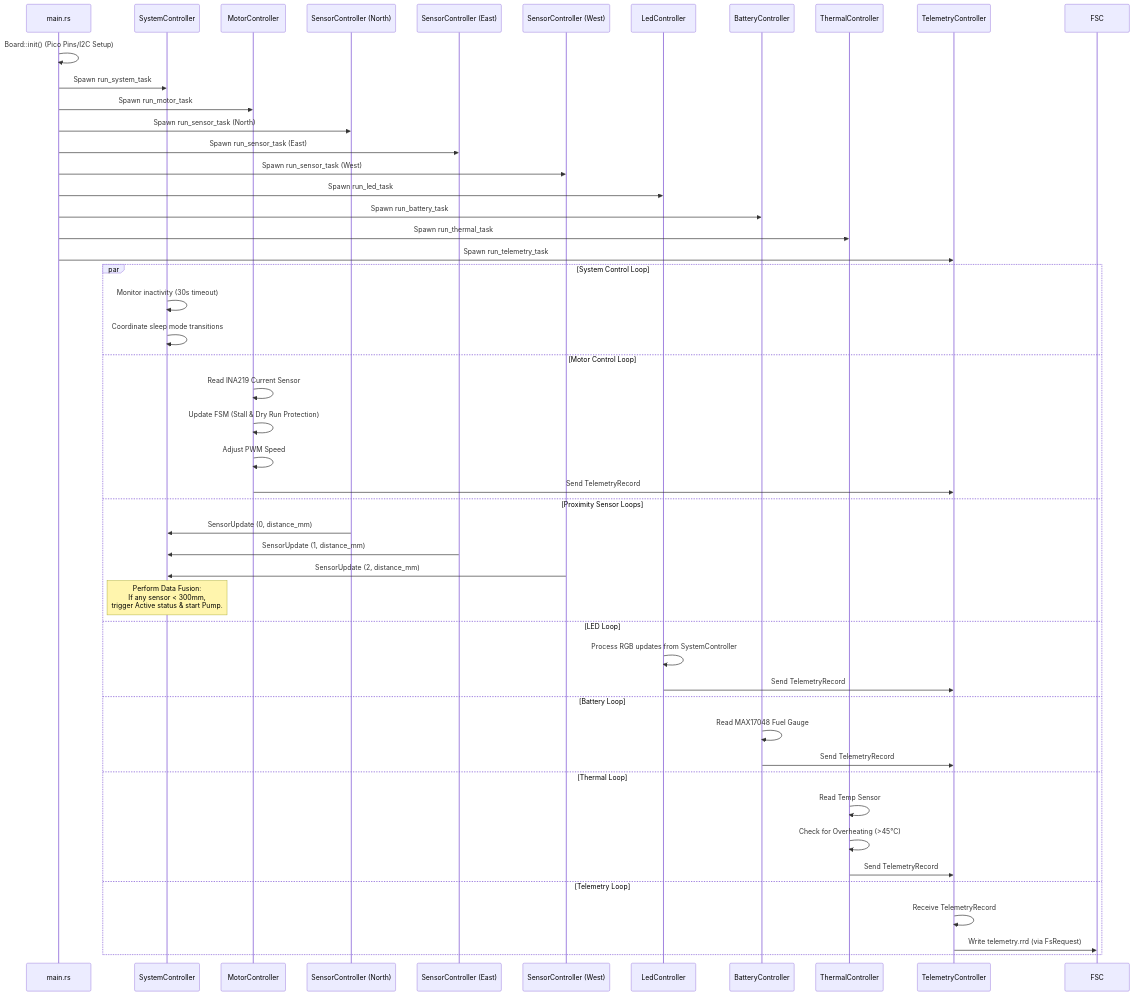
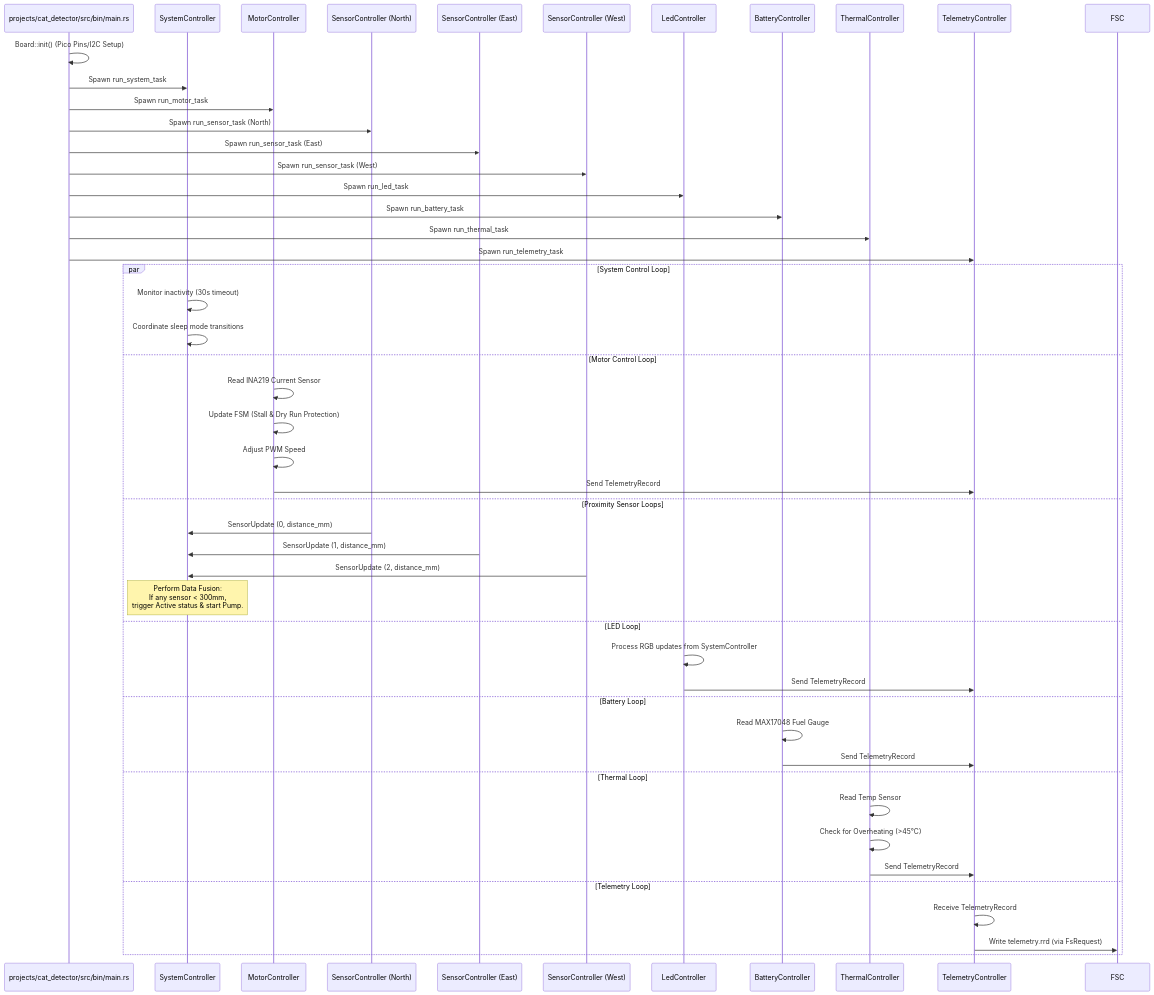
One commit to picklethecat1488-hue/firmware changed the second of 2 diagrams in projects/cat_detector.md. Above: the diagram before and after it, drawn with Mermaid. The commit also changed other lines of this file, not shown here.

Commit message:
Update design docs

````diff
--- a/projects/cat_detector.md
+++ b/projects/cat_detector.md
@@ -163,52 +163,52 @@
 ```mermaid
 sequenceDiagram
-    participant Main as main.rs
-    participant SC as SystemController
-    participant MC as MotorController
-    participant SN as SensorController (North)
-    participant SE as SensorController (East)
-    participant SW as SensorController (West)
-    participant LC as LedController
-    participant BC as BatteryController
-    participant TC as ThermalController
-    participant TMC as TelemetryController
+    Participant Main as projects/cat_detector/src/bin/main.rs
+    Participant SC as SystemController
+    Participant MC as MotorController
+    Participant SN as SensorController (North)
+    Participant SE as SensorController (East)
+    Participant SW as SensorController (West)
+    Participant LC as LedController
+    Participant BC as BatteryController
+    Participant TC as ThermalController
+    Participant TMC as TelemetryController
 
     Main->>Main: Board::init() (Pico Pins/I2C Setup)
     Main->>SC: Spawn run_system_task
     Main->>MC: Spawn run_motor_task
     Main->>SN: Spawn run_sensor_task (North)
     Main->>SE: Spawn run_sensor_task (East)
     Main->>SW: Spawn run_sensor_task (West)
     Main->>LC: Spawn run_led_task
     Main->>BC: Spawn run_battery_task
     Main->>TC: Spawn run_thermal_task
     Main->>TMC: Spawn run_telemetry_task
 
     par System Control Loop
         SC->>SC: Monitor inactivity (30s timeout)
         SC->>SC: Coordinate sleep mode transitions
     and Motor Control Loop
         MC->>MC: Read INA219 Current Sensor
         MC->>MC: Update FSM (Stall & Dry Run Protection)
         MC->>MC: Adjust PWM Speed
         MC->>TMC: Send TelemetryRecord
     and Proximity Sensor Loops
         SN->>SC: SensorUpdate (0, distance_mm)
         SE->>SC: SensorUpdate (1, distance_mm)
         SW->>SC: SensorUpdate (2, distance_mm)
         Note over SC: Perform Data Fusion:<br/>If any sensor < 300mm,<br/>trigger Active status & start Pump.
     and LED Loop
         LC->>LC: Process RGB updates from SystemController
         LC->>TMC: Send TelemetryRecord
     and Battery Loop
         BC->>BC: Read MAX17048 Fuel Gauge
         BC->>TMC: Send TelemetryRecord
     and Thermal Loop
         TC->>TC: Read Temp Sensor
         TC->>TC: Check for Overheating (>45°C)
         TC->>TMC: Send TelemetryRecord
     and Telemetry Loop
         TMC->>TMC: Receive TelemetryRecord
         TMC->>FSC: Write telemetry.rrd (via FsRequest)
     end
 ```
````
